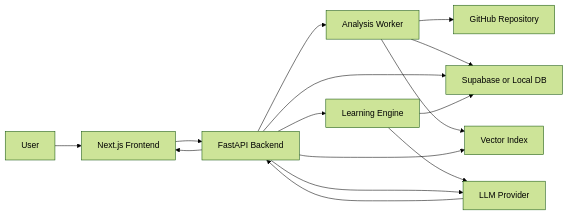
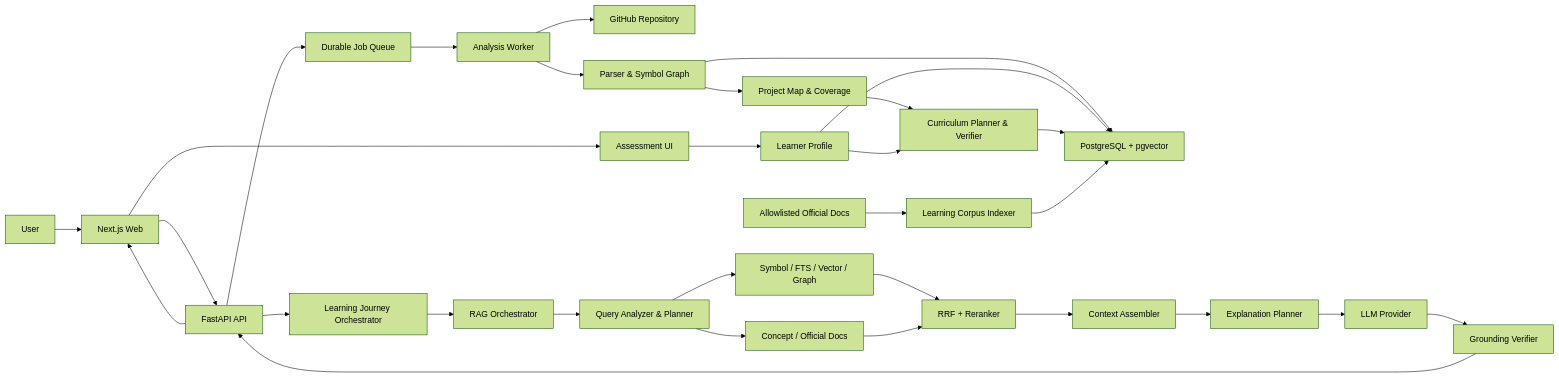
One commit to leeseungmin1013/RepoWiseAI changed the first of 2 diagrams in IMPLEMENTATION_PLAN.md. Above: the diagram before and after it, drawn with Mermaid (forest theme). The commit also changed other lines of this file and 145 other files, not shown here.

````diff
--- a/IMPLEMENTATION_PLAN.md
+++ b/IMPLEMENTATION_PLAN.md
@@ -55,27 +86,36 @@
 ```mermaid
 flowchart LR
-    User["User"]
-    Web["Next.js Frontend"]
-    API["FastAPI Backend"]
-    Worker["Analysis Worker"]
-    Learning["Learning Engine"]
-    Repo["GitHub Repository"]
-    Store["Supabase or Local DB"]
-    Vector["Vector Index"]
-    LLM["LLM Provider"]
+    User["User"] --> Web["Next.js Web"]
+    Web --> API["FastAPI API"]
 
-    User --> Web
-    Web --> API
-    API --> Worker
-    Worker --> Repo
-    Worker --> Store
-    Worker --> Vector
-    API --> Store
-    API --> Vector
-    API --> Learning
-    Learning --> Store
-    Learning --> LLM
-    API --> LLM
-    LLM --> API
+    API --> Jobs["Durable Job Queue"]
+    Jobs --> Worker["Analysis Worker"]
+    Worker --> GitHub["GitHub Repository"]
+    Worker --> Parser["Parser & Symbol Graph"]
+    Parser --> DB["PostgreSQL + pgvector"]
+    Parser --> ProjectMap["Project Map & Coverage"]
+
+    Web --> Assessment["Assessment UI"]
+    Assessment --> Learner["Learner Profile"]
+    Learner --> DB
+    ProjectMap --> Curriculum["Curriculum Planner & Verifier"]
+    Learner --> Curriculum
+    Curriculum --> DB
+
+    Official["Allowlisted Official Docs"] --> Knowledge["Learning Corpus Indexer"]
+    Knowledge --> DB
+
+    API --> Journey["Learning Journey Orchestrator"]
+    Journey --> Orchestrator["RAG Orchestrator"]
+    Orchestrator --> Query["Query Analyzer & Planner"]
+    Query --> RepoRetrieval["Symbol / FTS / Vector / Graph"]
+    Query --> LearnRetrieval["Concept / Official Docs"]
+    RepoRetrieval --> Fusion["RRF + Reranker"]
+    LearnRetrieval --> Fusion
+    Fusion --> Context["Context Assembler"]
+    Context --> Learning["Explanation Planner"]
+    Learning --> LLM["LLM Provider"]
+    LLM --> Verify["Grounding Verifier"]
+    Verify --> API
     API --> Web
 ```
````
